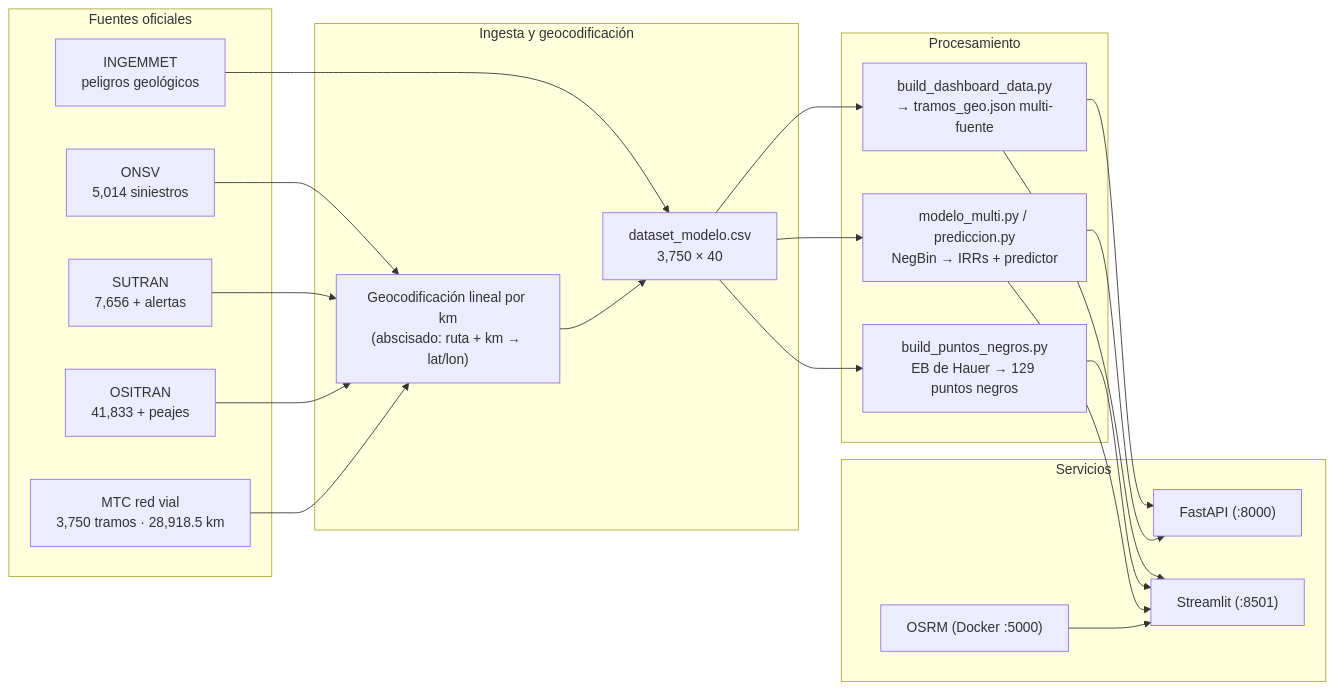
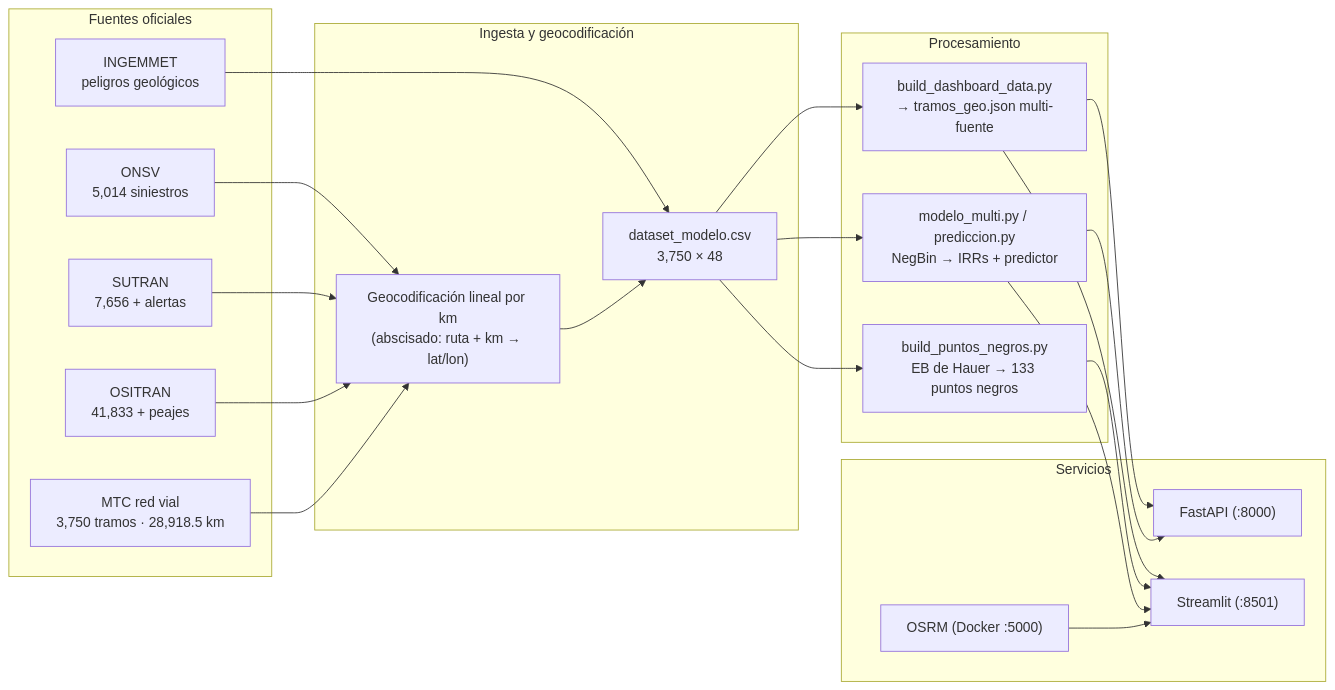
Before and after one commit to Lobitoxxx/SIPAT: the first of 5 diagrams in README.md, drawn with Mermaid. The commit also changed other lines of this file and 18 other files, not shown here.

````diff
--- a/README.md
+++ b/README.md
@@ -109,43 +207,43 @@
 ```mermaid
 flowchart LR
     subgraph FUENTES["Fuentes oficiales"]
         ONSV["ONSV<br/>5,014 siniestros"]
         SUTRAN["SUTRAN<br/>7,656 + alertas"]
         OSITRAN["OSITRAN<br/>41,833 + peajes"]
         MTC["MTC red vial<br/>3,750 tramos · 28,918.5 km"]
         INGEMMET["INGEMMET<br/>peligros geológicos"]
     end
 
     subgraph INGESTA["Ingesta y geocodificación"]
         GEOC["Geocodificación lineal por km<br/>(abscisado: ruta + km → lat/lon)"]
-        MODELO["dataset_modelo.csv<br/>3,750 × 40"]
+        MODELO["dataset_modelo.csv<br/>3,750 × 48"]
     end
 
     subgraph PROCESOS["Procesamiento"]
         BD["build_dashboard_data.py<br/>→ tramos_geo.json multi-fuente"]
-        PN["build_puntos_negros.py<br/>EB de Hauer → 129 puntos negros"]
+        PN["build_puntos_negros.py<br/>EB de Hauer → 133 puntos negros"]
         NB["modelo_multi.py / prediccion.py<br/>NegBin → IRRs + predictor"]
     end
 
     subgraph SERVICIOS["Servicios"]
         OSRM["OSRM (Docker :5000)"]
         API["FastAPI (:8000)"]
         APP["Streamlit (:8501)"]
     end
 
     ONSV --> GEOC
     SUTRAN --> GEOC
     OSITRAN --> GEOC
     MTC --> GEOC
     INGEMMET --> MODELO
     GEOC --> MODELO
     MODELO --> BD
     MODELO --> PN
     MODELO --> NB
     BD --> APP
     PN --> APP
     NB --> APP
     OSRM --> APP
     BD --> API
     NB --> API
 ```
````
